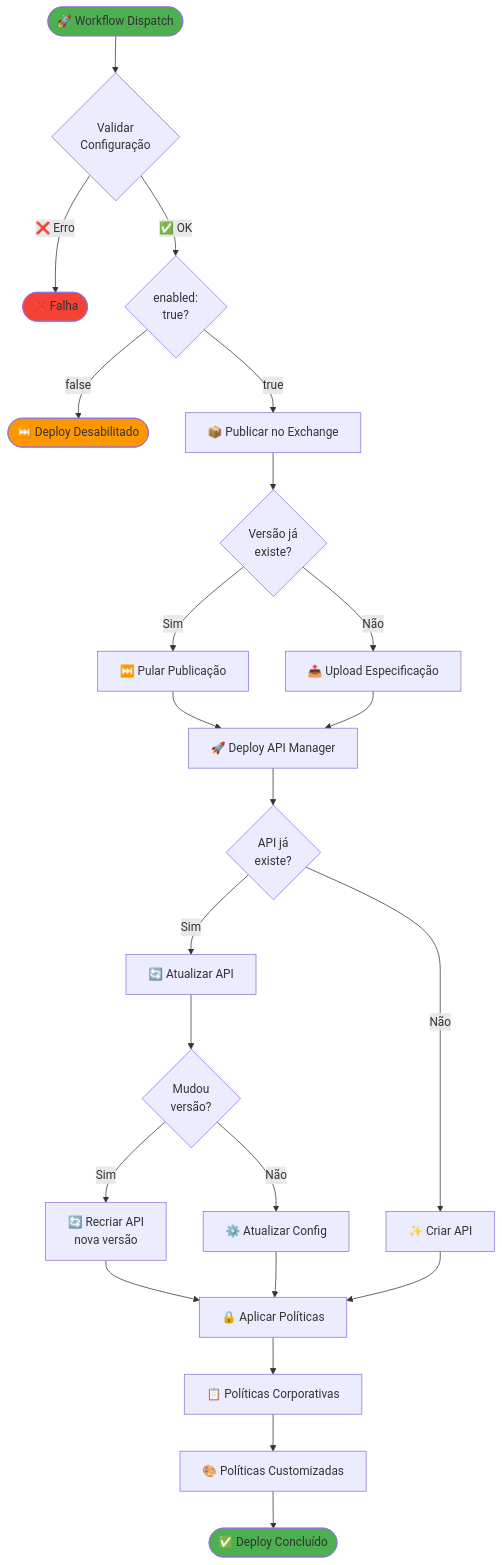
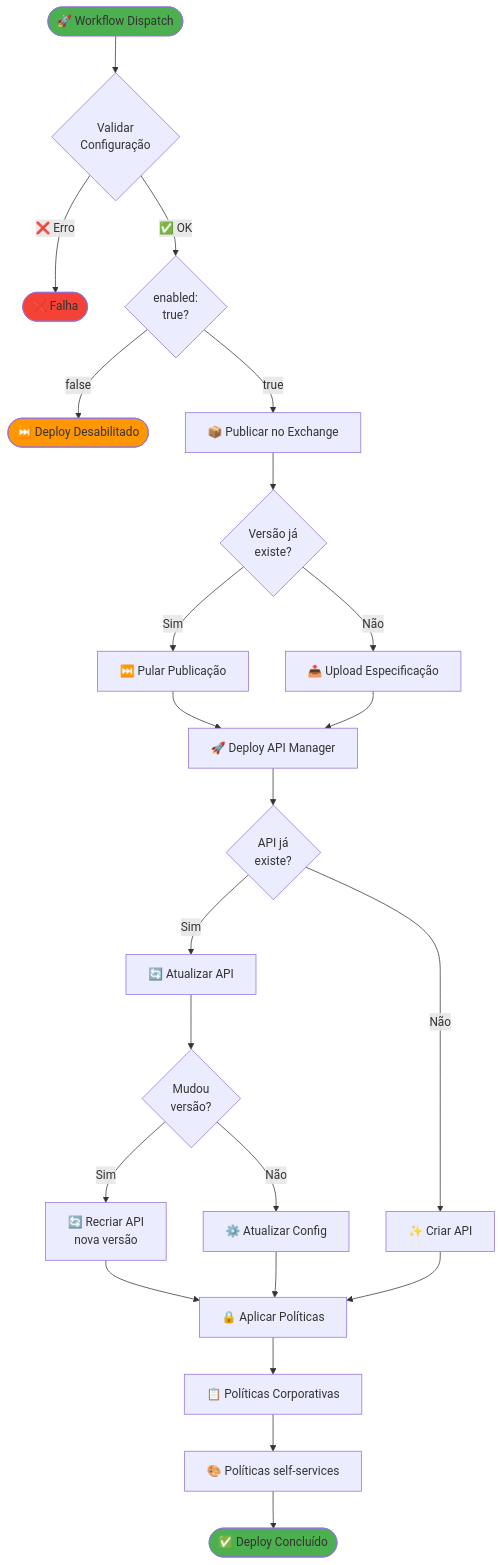
The diagram in README.md (ramondea-sf/mule-api-flex-gateway-reusable-workflows), drawn with Mermaid before and after one commit. The commit also changed other lines of this file, not shown here.

````diff
--- a/README.md
+++ b/README.md
@@ -84,39 +29,39 @@
 ```mermaid
 flowchart TD
     Start([🚀 Workflow Dispatch]) --> Validate{Validar<br/>Configuração}
     
     Validate -->|❌ Erro| End1([❌ Falha])
     Validate -->|✅ OK| CheckDeploy{enabled:<br/>true?}
     
     CheckDeploy -->|false| End2([⏭️ Deploy Desabilitado])
     CheckDeploy -->|true| Exchange[📦 Publicar no Exchange]
     
     Exchange --> CheckVersion{Versão já<br/>existe?}
     CheckVersion -->|Sim| SkipPublish[⏭️ Pular Publicação]
     CheckVersion -->|Não| Publish[📤 Upload Especificação]
     
     SkipPublish --> Deploy[🚀 Deploy API Manager]
     Publish --> Deploy
     
     Deploy --> CheckExists{API já<br/>existe?}
     CheckExists -->|Sim| Update[🔄 Atualizar API]
     CheckExists -->|Não| Create[✨ Criar API]
     
     Update --> CheckVersionChange{Mudou<br/>versão?}
     CheckVersionChange -->|Sim| Recreate[🔄 Recriar API<br/>nova versão]
     CheckVersionChange -->|Não| UpdateConfig[⚙️ Atualizar Config]
     
     Recreate --> Policies
     UpdateConfig --> Policies
     Create --> Policies
     
     Policies[🔒 Aplicar Políticas] --> Corporate[📋 Políticas Corporativas]
-    Corporate --> Custom[🎨 Políticas Customizadas]
+    Corporate --> Custom[🎨 Políticas self-services]
     
     Custom --> Success([✅ Deploy Concluído])
     
     style Start fill:#4CAF50
     style Success fill:#4CAF50
     style End1 fill:#f44336
     style End2 fill:#FF9800
 ```
````
